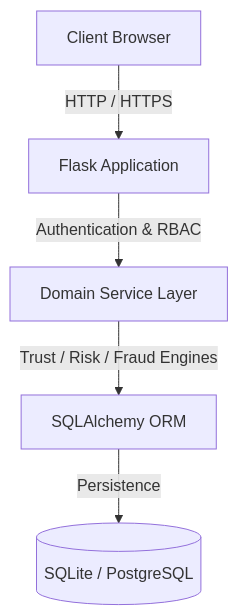
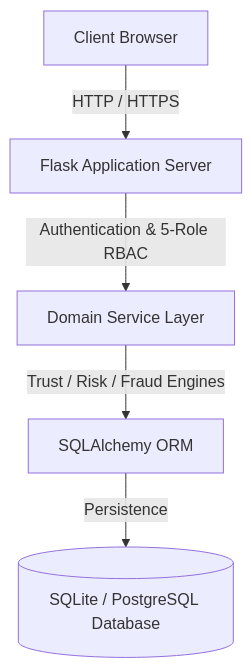
One commit to rahulpoona58-del/vendor-data changed the diagram in README.md. Above: the diagram before and after it, drawn with Mermaid. The commit also changed other lines of this file, not shown here.

````diff
--- a/README.md
+++ b/README.md
@@ -100,7 +96,7 @@
 ```mermaid
 graph TD
-    A["Client Browser"] -->|HTTP / HTTPS| B["Flask Application"]
-    B -->|Authentication & RBAC| C["Domain Service Layer"]
+    A["Client Browser"] -->|HTTP / HTTPS| B["Flask Application Server"]
+    B -->|Authentication & 5-Role RBAC| C["Domain Service Layer"]
     C -->|Trust / Risk / Fraud Engines| D["SQLAlchemy ORM"]
-    D -->|Persistence| E[("SQLite / PostgreSQL")]
+    D -->|Persistence| E[("SQLite / PostgreSQL Database")]
 ```
````
